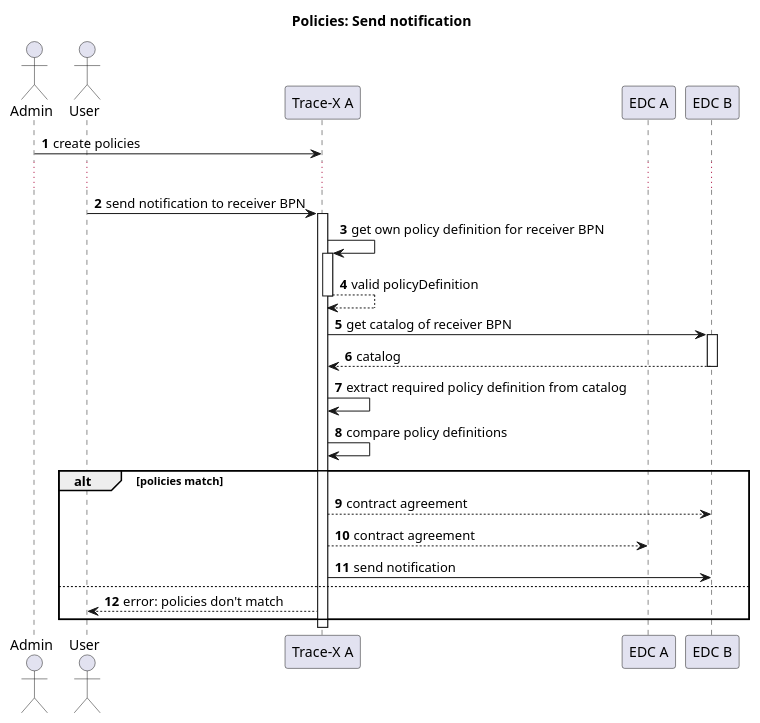
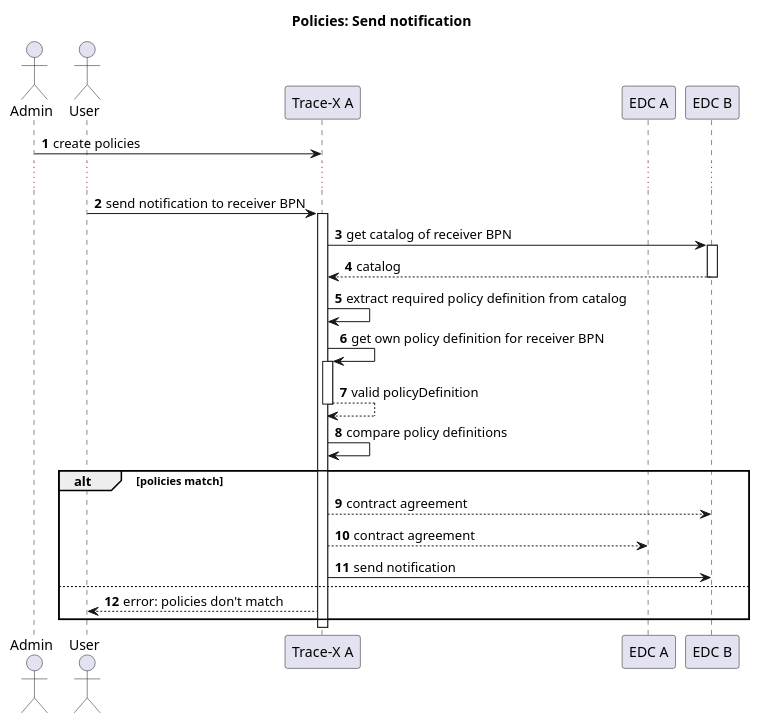
The diagram in docs/src/uml-diagrams/arc42/runtime-view/data-sovereignty/data-sovereignty-notifications.puml (eclipse-tractusx/traceability-foss), drawn with PlantUML before and after one commit. The commit also changed other lines of this file and 12 other files, not shown here.

```diff
--- a/docs/src/uml-diagrams/arc42/runtime-view/data-sovereignty/data-sovereignty-notifications.puml
+++ b/docs/src/uml-diagrams/arc42/runtime-view/data-sovereignty/data-sovereignty-notifications.puml
@@ -1,33 +1,33 @@
 @startuml
 'https://plantuml.com/sequence-diagram
 autonumber
 title Policies: Send notification
 
 actor Admin
 actor User
 participant "Trace-X A" as TXA
 participant "EDC A" as EDCA
 participant "EDC B" as EDCB
 
 Admin -> TXA: create policies
 ...
 User -> TXA: send notification to receiver BPN
 activate TXA
-TXA -> TXA: get own policy definition for receiver BPN
-activate TXA
-TXA --> TXA: valid policyDefinition
-deactivate TXA
 TXA -> EDCB: get catalog of receiver BPN
 activate EDCB
 EDCB --> TXA: catalog
 deactivate EDCB
 TXA -> TXA: extract required policy definition from catalog
+TXA -> TXA: get own policy definition for receiver BPN
+activate TXA
+TXA --> TXA: valid policyDefinition
+deactivate TXA
 TXA -> TXA: compare policy definitions
 alt policies match
 TXA --> EDCB: contract agreement
 TXA --> EDCA: contract agreement
 TXA -> EDCB: send notification
 else
 TXA --> User: error: policies don't match
 end
 @enduml
```
